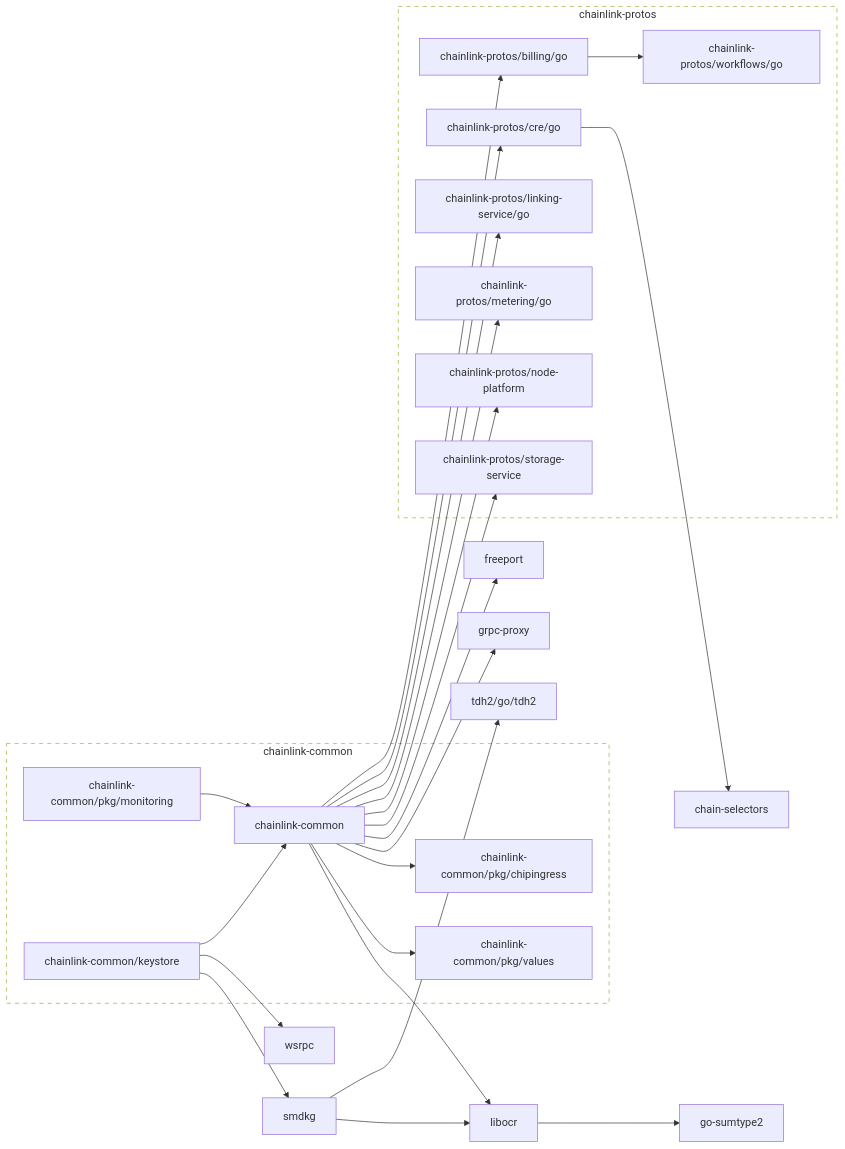
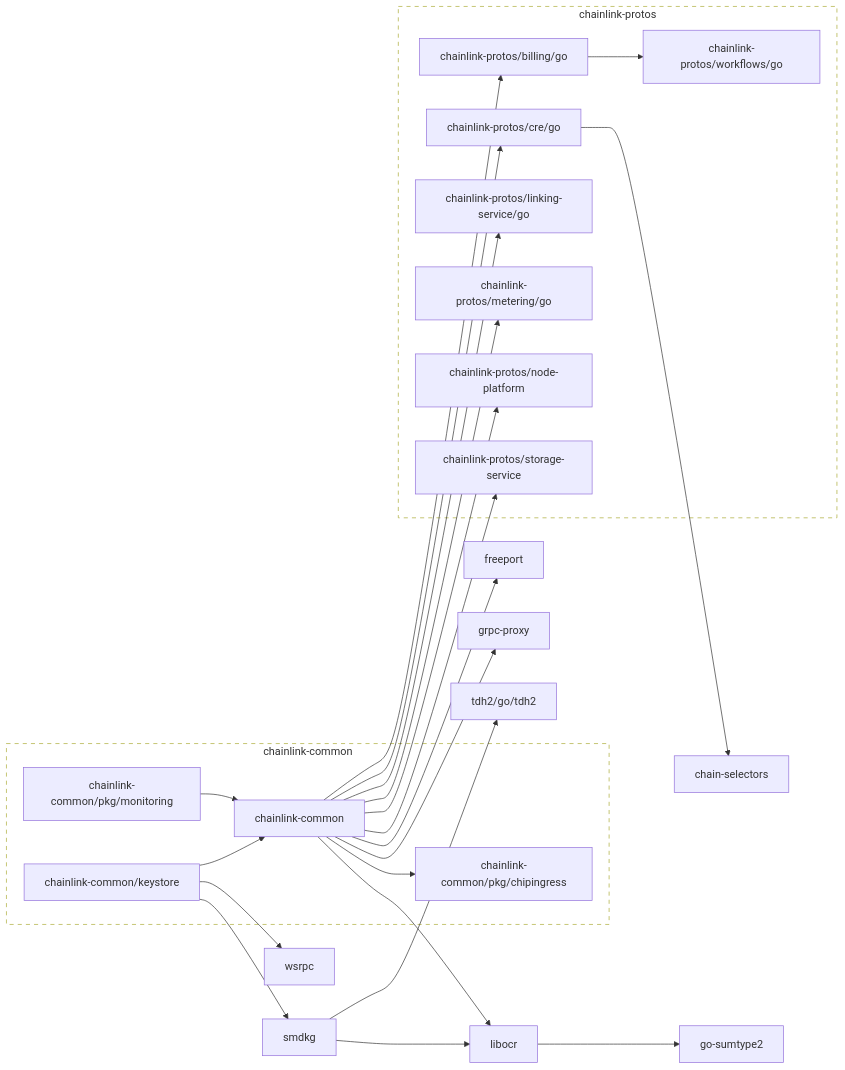
One commit to smartcontractkit/chainlink-common changed the diagram in go.md. Above: the diagram before and after it, drawn with Mermaid. The commit also changed 3 other files, not shown here.

````diff
--- a/go.md
+++ b/go.md
@@ -2,80 +2,76 @@
 ```mermaid
 flowchart LR
 
 	chain-selectors
 	click chain-selectors href "https://github.com/smartcontractkit/chain-selectors"
 	chainlink-common --> chainlink-common/pkg/chipingress
-	chainlink-common --> chainlink-common/pkg/values
 	chainlink-common --> chainlink-protos/billing/go
 	chainlink-common --> chainlink-protos/cre/go
 	chainlink-common --> chainlink-protos/linking-service/go
 	chainlink-common --> chainlink-protos/metering/go
 	chainlink-common --> chainlink-protos/node-platform
 	chainlink-common --> chainlink-protos/storage-service
 	chainlink-common --> freeport
 	chainlink-common --> grpc-proxy
 	chainlink-common --> libocr
 	click chainlink-common href "https://github.com/smartcontractkit/chainlink-common"
 	chainlink-common/keystore --> chainlink-common
 	chainlink-common/keystore --> smdkg
 	chainlink-common/keystore --> wsrpc
 	click chainlink-common/keystore href "https://github.com/smartcontractkit/chainlink-common"
 	chainlink-common/pkg/chipingress
 	click chainlink-common/pkg/chipingress href "https://github.com/smartcontractkit/chainlink-common"
 	chainlink-common/pkg/monitoring --> chainlink-common
 	click chainlink-common/pkg/monitoring href "https://github.com/smartcontractkit/chainlink-common"
-	chainlink-common/pkg/values
-	click chainlink-common/pkg/values href "https://github.com/smartcontractkit/chainlink-common"
 	chainlink-protos/billing/go --> chainlink-protos/workflows/go
 	click chainlink-protos/billing/go href "https://github.com/smartcontractkit/chainlink-protos"
 	chainlink-protos/cre/go --> chain-selectors
 	click chainlink-protos/cre/go href "https://github.com/smartcontractkit/chainlink-protos"
 	chainlink-protos/linking-service/go
 	click chainlink-protos/linking-service/go href "https://github.com/smartcontractkit/chainlink-protos"
 	chainlink-protos/metering/go
 	click chainlink-protos/metering/go href "https://github.com/smartcontractkit/chainlink-protos"
 	chainlink-protos/node-platform
 	click chainlink-protos/node-platform href "https://github.com/smartcontractkit/chainlink-protos"
 	chainlink-protos/storage-service
 	click chainlink-protos/storage-service href "https://github.com/smartcontractkit/chainlink-protos"
 	chainlink-protos/workflows/go
 	click chainlink-protos/workflows/go href "https://github.com/smartcontractkit/chainlink-protos"
 	freeport
 	click freeport href "https://github.com/smartcontractkit/freeport"
 	go-sumtype2
 	click go-sumtype2 href "https://github.com/smartcontractkit/go-sumtype2"
 	grpc-proxy
 	click grpc-proxy href "https://github.com/smartcontractkit/grpc-proxy"
 	libocr --> go-sumtype2
 	click libocr href "https://github.com/smartcontractkit/libocr"
 	smdkg --> libocr
 	smdkg --> tdh2/go/tdh2
 	click smdkg href "https://github.com/smartcontractkit/smdkg"
 	tdh2/go/tdh2
 	click tdh2/go/tdh2 href "https://github.com/smartcontractkit/tdh2"
 	wsrpc
 	click wsrpc href "https://github.com/smartcontractkit/wsrpc"
 
 	subgraph chainlink-common-repo[chainlink-common]
 		 chainlink-common
 		 chainlink-common/keystore
 		 chainlink-common/pkg/chipingress
 		 chainlink-common/pkg/monitoring
-		 chainlink-common/pkg/values
 	end
 	click chainlink-common-repo href "https://github.com/smartcontractkit/chainlink-common"
 
 	subgraph chainlink-protos-repo[chainlink-protos]
 		 chainlink-protos/billing/go
 		 chainlink-protos/cre/go
 		 chainlink-protos/linking-service/go
 		 chainlink-protos/metering/go
 		 chainlink-protos/node-platform
 		 chainlink-protos/storage-service
 		 chainlink-protos/workflows/go
 	end
 	click chainlink-protos-repo href "https://github.com/smartcontractkit/chainlink-protos"
 
 	classDef outline stroke-dasharray:6,fill:none;
 	class chainlink-common-repo,chainlink-protos-repo outline
 ```
````
